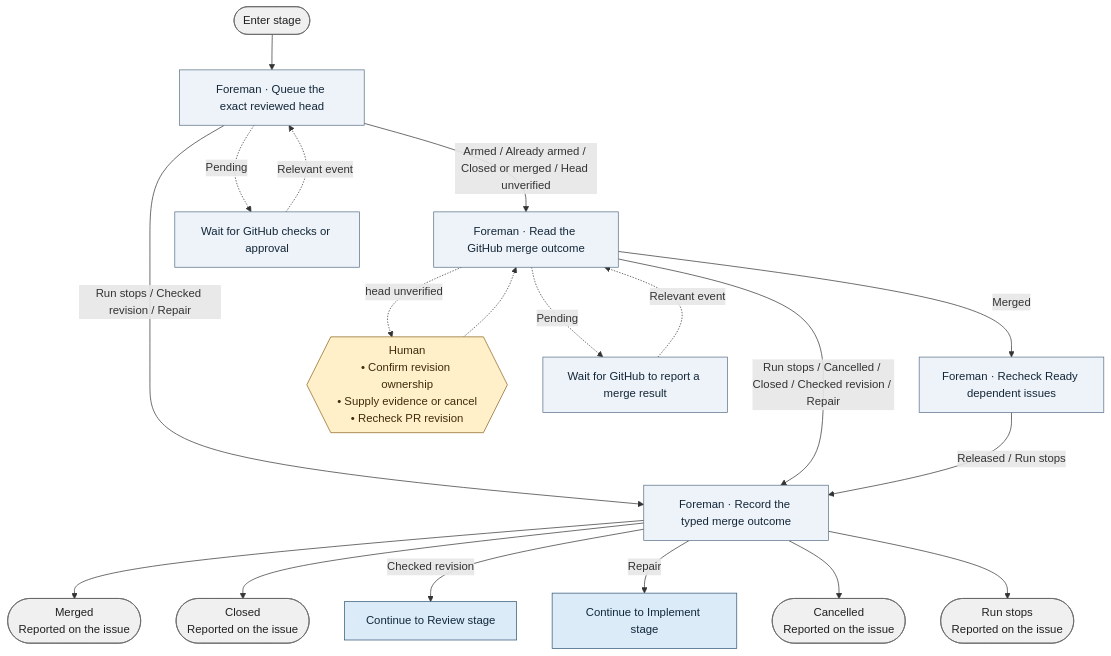
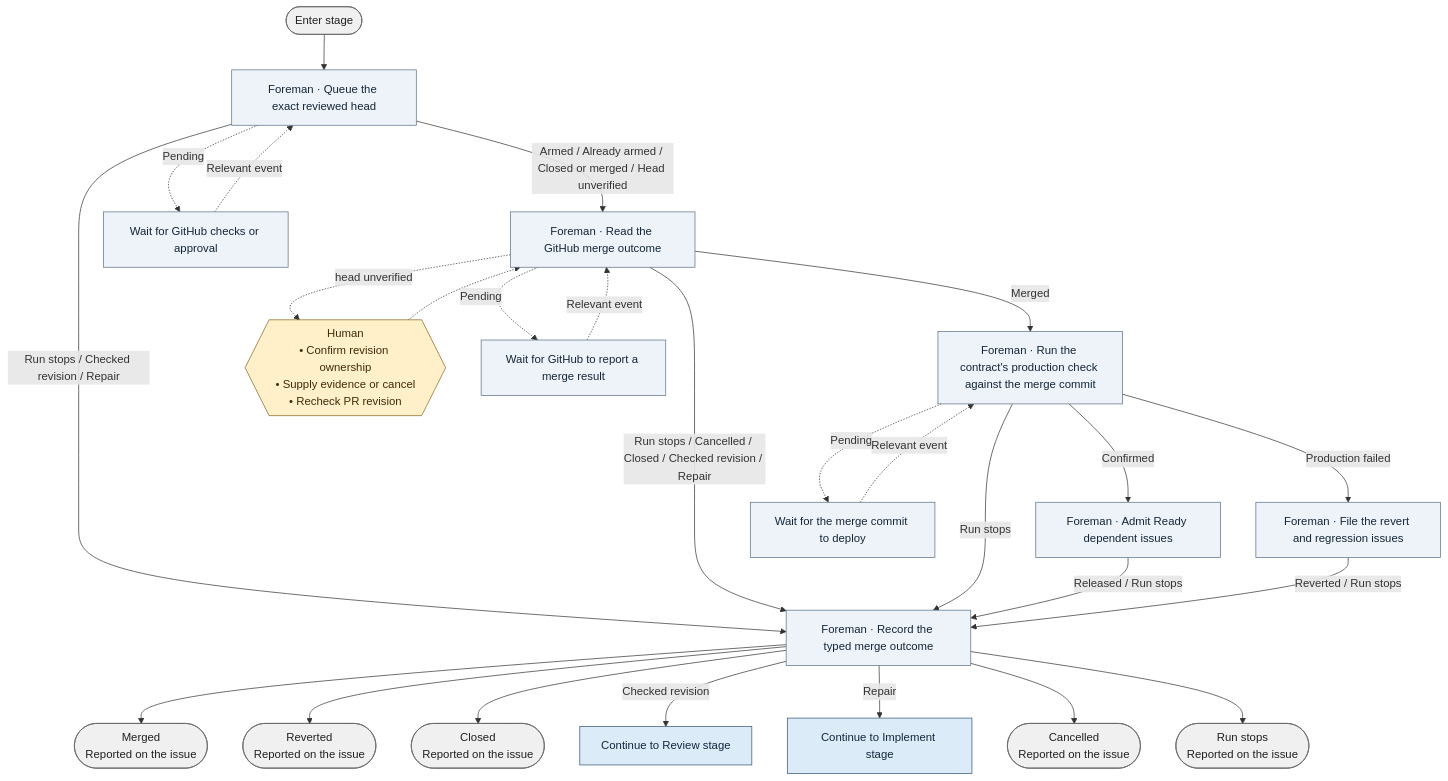
The diagram in docs/graph/blueprint/views/stages/merge.mmd (bookout-labs/tools), drawn with Mermaid before and after one commit. The commit also changed 40 other files, not shown here.

```diff
--- a/docs/graph/blueprint/views/stages/merge.mmd
+++ b/docs/graph/blueprint/views/stages/merge.mmd
@@ -1,38 +1,49 @@
 flowchart TD
     n0(["Enter stage"]):::terminal
     n1["Foreman · Queue the exact reviewed head"]:::step
     n2["Foreman · Read the GitHub merge outcome"]:::step
-    n3["Foreman · Recheck Ready dependent issues"]:::step
-    n4["Foreman · Record the typed merge outcome"]:::step
-    n5(["Merged<br/>Reported on the issue"]):::terminal
-    n6(["Closed<br/>Reported on the issue"]):::terminal
-    n7["Continue to Review stage"]:::stage
-    n8["Continue to Implement stage"]:::stage
-    n9(["Cancelled<br/>Reported on the issue"]):::terminal
-    n10(["Run stops<br/>Reported on the issue"]):::terminal
-    n11{{"Human<br/>• Confirm revision ownership<br/>• Supply evidence or cancel<br/>• Recheck PR revision"}}:::gate
-    n12["Wait for GitHub checks or approval"]:::step
-    n13["Wait for GitHub to report a merge result"]:::step
+    n3["Foreman · Run the contract's production check against the merge commit"]:::step
+    n4["Foreman · Admit Ready dependent issues"]:::step
+    n5["Foreman · File the revert and regression issues"]:::step
+    n6["Foreman · Record the typed merge outcome"]:::step
+    n7(["Merged<br/>Reported on the issue"]):::terminal
+    n8(["Reverted<br/>Reported on the issue"]):::terminal
+    n9(["Closed<br/>Reported on the issue"]):::terminal
+    n10["Continue to Review stage"]:::stage
+    n11["Continue to Implement stage"]:::stage
+    n12(["Cancelled<br/>Reported on the issue"]):::terminal
+    n13(["Run stops<br/>Reported on the issue"]):::terminal
+    n14{{"Human<br/>• Confirm revision ownership<br/>• Supply evidence or cancel<br/>• Recheck PR revision"}}:::gate
+    n15["Wait for GitHub checks or approval"]:::step
+    n16["Wait for GitHub to report a merge result"]:::step
+    n17["Wait for the merge commit to deploy"]:::step
     n0 --> n1
-    n1 -->|"Run stops / Checked revision / Repair"| n4
+    n1 -->|"Run stops / Checked revision / Repair"| n6
     n1 -->|"Armed / Already armed / Closed or merged / Head unverified"| n2
-    n2 -->|"Run stops / Cancelled / Closed / Checked revision / Repair"| n4
+    n2 -->|"Run stops / Cancelled / Closed / Checked revision / Repair"| n6
     n2 -->|"Merged"| n3
-    n3 -->|"Released / Run stops"| n4
-    n4 --> n5
-    n4 --> n6
-    n4 -->|"Checked revision"| n7
-    n4 -->|"Repair"| n8
-    n4 --> n9
-    n4 --> n10
-    n2 -.->|"head unverified"| n11
-    n11 -.-> n2
-    n1 -.->|"Pending"| n12
-    n12 -.->|"Relevant event"| n1
-    n2 -.->|"Pending"| n13
-    n13 -.->|"Relevant event"| n2
+    n3 -->|"Confirmed"| n4
+    n3 -->|"Production failed"| n5
+    n3 -->|"Run stops"| n6
+    n4 -->|"Released / Run stops"| n6
+    n5 -->|"Reverted / Run stops"| n6
+    n6 --> n7
+    n6 --> n8
+    n6 --> n9
+    n6 -->|"Checked revision"| n10
+    n6 -->|"Repair"| n11
+    n6 --> n12
+    n6 --> n13
+    n2 -.->|"head unverified"| n14
+    n14 -.-> n2
+    n1 -.->|"Pending"| n15
+    n15 -.->|"Relevant event"| n1
+    n2 -.->|"Pending"| n16
+    n16 -.->|"Relevant event"| n2
+    n3 -.->|"Pending"| n17
+    n17 -.->|"Relevant event"| n3
     classDef stage fill:#dcebf8,stroke:#315675,color:#10283b
     classDef step fill:#edf3f8,stroke:#597187,color:#132638
     classDef worker fill:#d7f0e8,stroke:#357369,color:#133c36
     classDef gate fill:#fff0c9,stroke:#89641f,color:#3f2b0b
     classDef terminal fill:#f0f0f0,stroke:#666666,color:#202020
```
